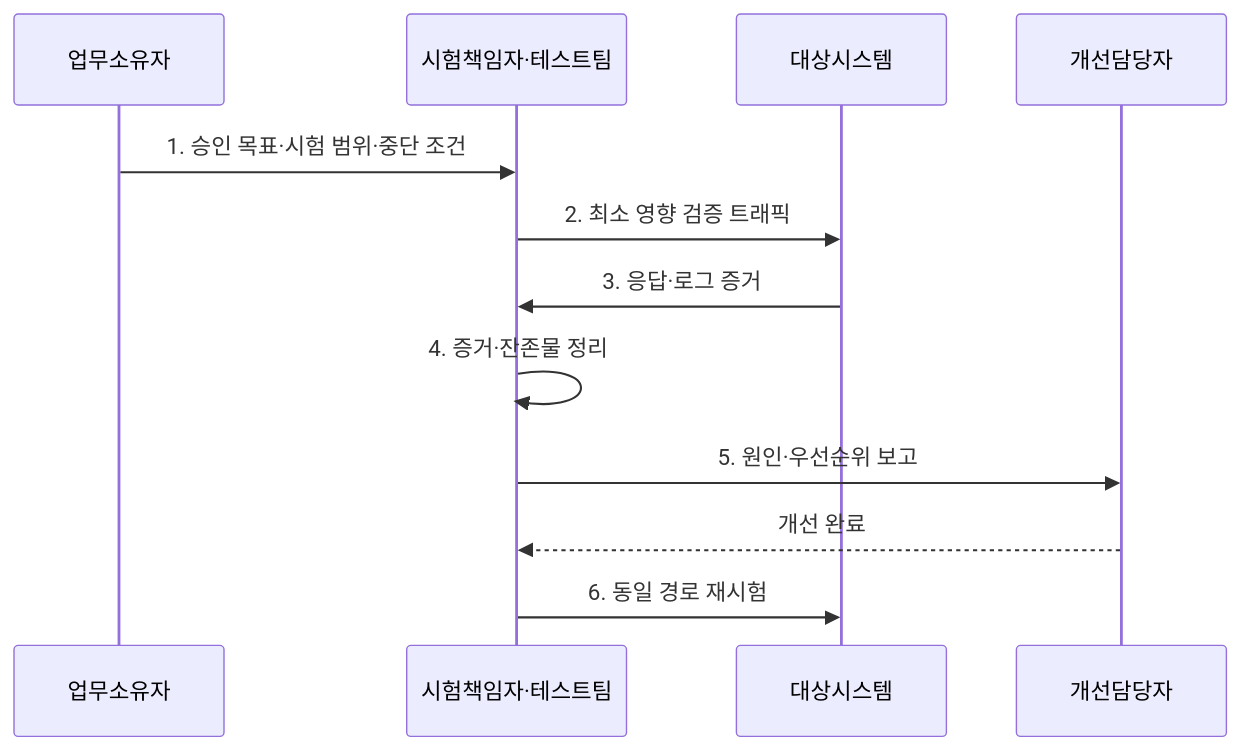
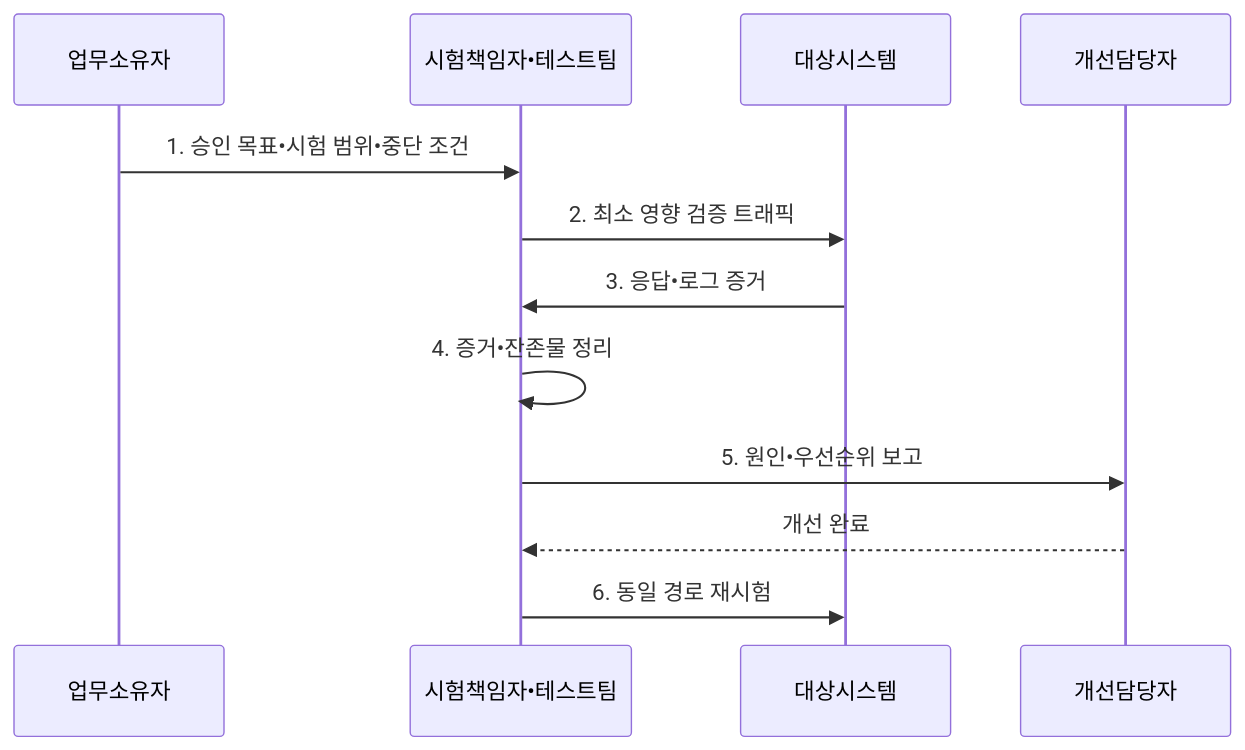
Before and after one commit to agnusdei1207/knowledge-base: the second of 2 diagrams in src/content/docs/notes/05-security/041_penetration_testing_methodology.md, drawn with Mermaid. The commit also changed other lines of this file and 953 other files, not shown here.

````diff
--- a/src/content/docs/notes/05-security/041_penetration_testing_methodology.md
+++ b/src/content/docs/notes/05-security/041_penetration_testing_methodology.md
@@ -102,14 +102,14 @@
 ```mermaid
 sequenceDiagram
     participant 업무소유자
-    participant 테스트팀 as 시험책임자·테스트팀
+    participant 테스트팀 as 시험책임자•테스트팀
     participant 대상시스템
     participant 개선담당자
-    업무소유자->>테스트팀: 1. 승인 목표·시험 범위·중단 조건
+    업무소유자->>테스트팀: 1. 승인 목표•시험 범위•중단 조건
     테스트팀->>대상시스템: 2. 최소 영향 검증 트래픽
-    대상시스템->>테스트팀: 3. 응답·로그 증거
-    테스트팀->>테스트팀: 4. 증거·잔존물 정리
-    테스트팀->>개선담당자: 5. 원인·우선순위 보고
+    대상시스템->>테스트팀: 3. 응답•로그 증거
+    테스트팀->>테스트팀: 4. 증거•잔존물 정리
+    테스트팀->>개선담당자: 5. 원인•우선순위 보고
     개선담당자-->>테스트팀: 개선 완료
     테스트팀->>대상시스템: 6. 동일 경로 재시험
 ```
````
